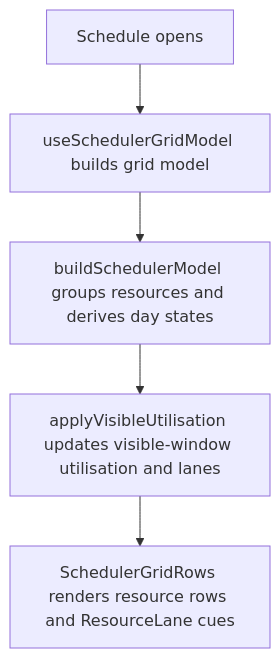
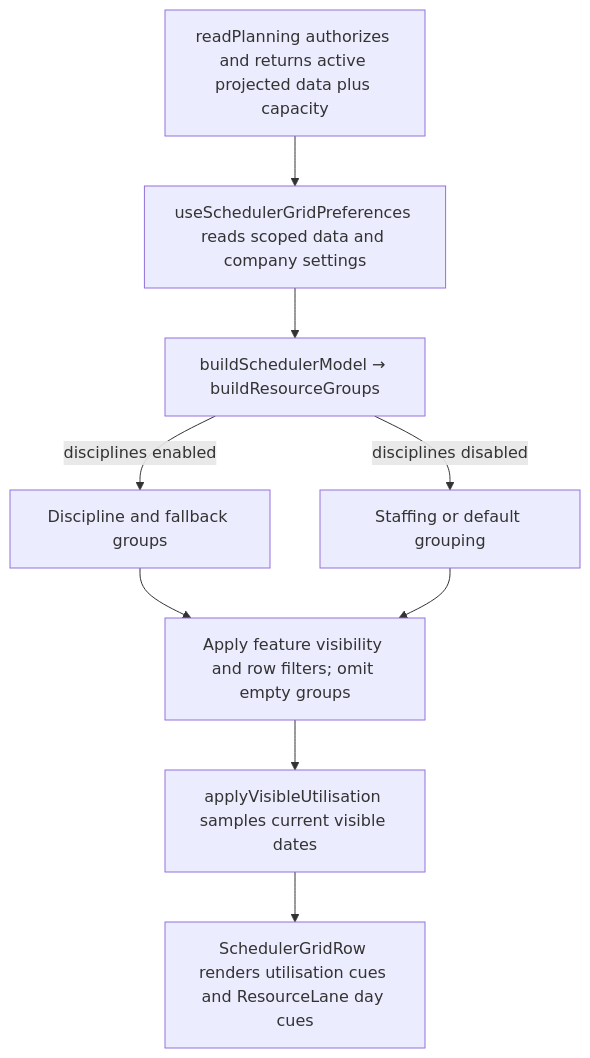
Before and after one commit to Kevinjohn/capacitylens: the second of 2 diagrams in user-stories/scheduler/US-SCH-01-grouped-capacity-cues.md, drawn with Mermaid. The commit also changed other lines of this file and 172 other files, not shown here.

Commit message:
docs: reconcile user story code flows with source

````diff
--- a/user-stories/scheduler/US-SCH-01-grouped-capacity-cues.md
+++ b/user-stories/scheduler/US-SCH-01-grouped-capacity-cues.md
@@ -34,7 +34,11 @@
 ```mermaid
 flowchart TD
-  A["Schedule opens"] --> B["useSchedulerGridModel builds grid model"]
-  B --> C["buildSchedulerModel groups resources and derives day states"]
-  C --> D["applyVisibleUtilisation updates visible-window utilisation and lanes"]
-  D --> E["SchedulerGridRows renders resource rows and ResourceLane cues"]
+  Read["readPlanning authorizes and returns active projected data plus capacity"] --> Grid["useSchedulerGridPreferences reads scoped data and company settings"]
+  Grid --> Group["buildSchedulerModel → buildResourceGroups"]
+  Group -->|disciplines enabled| Discipline["Discipline and fallback groups"]
+  Group -->|disciplines disabled| Engagement["Staffing or default grouping"]
+  Discipline --> Filter["Apply feature visibility and row filters; omit empty groups"]
+  Engagement --> Filter
+  Filter --> View["applyVisibleUtilisation samples current visible dates"]
+  View --> Row["SchedulerGridRow renders utilisation cues and ResourceLane day cues"]
 ```
````
